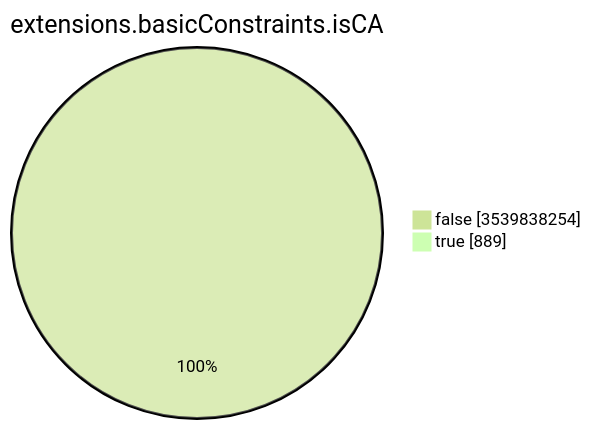
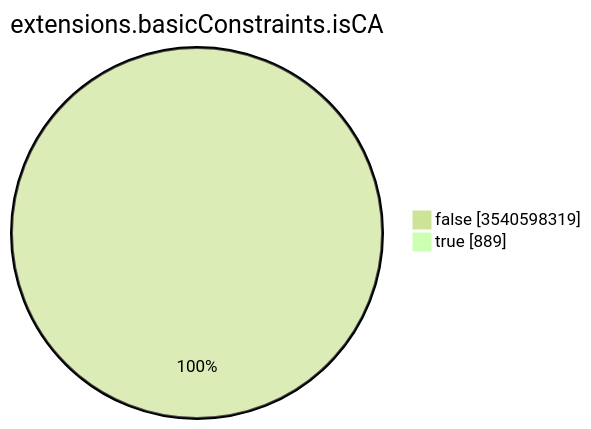
Before and after one commit to christiankrug/ctmonitor_visualization: the seventh of 15 diagrams in TOTAL/README.md, drawn with Mermaid (forest theme). The commit also changed other lines of this file, not shown here.

````diff
--- a/TOTAL/README.md
+++ b/TOTAL/README.md
@@ -3094,6 +3094,6 @@
 ```mermaid
 pie showData
 title extensions.basicConstraints.isCA
-"false" :3539838254
+"false" :3540598319
 "true" :889
 ```
````
